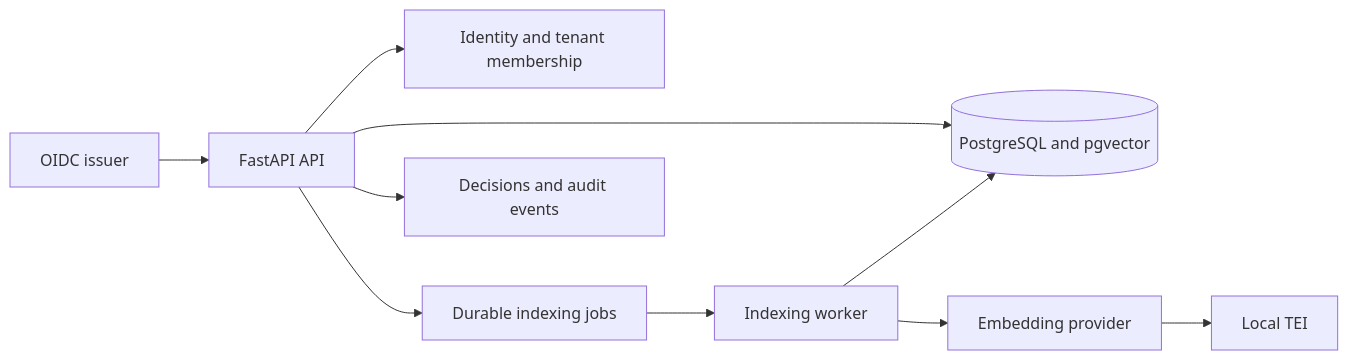
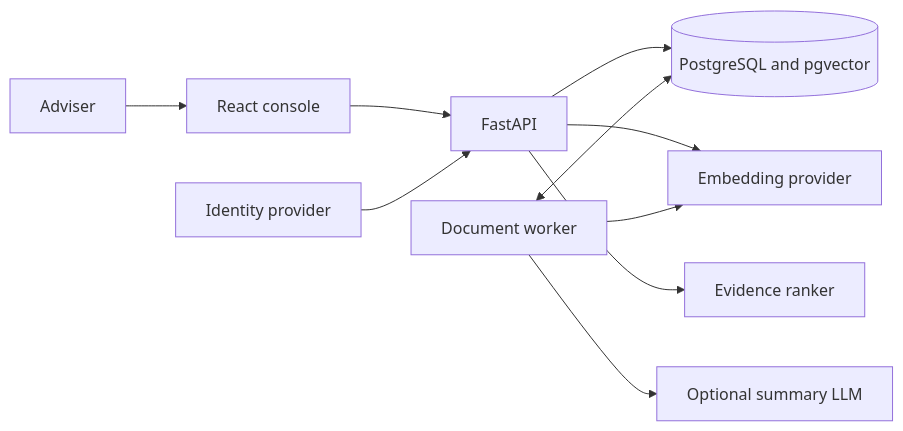
Before and after one commit to yuanjiadesu/nevis: the diagram in docs/architecture.md, drawn with Mermaid. The commit also changed other lines of this file and 12 other files, not shown here.

````diff
--- a/docs/architecture.md
+++ b/docs/architecture.md
@@ -7,12 +7,12 @@
 ```mermaid
 flowchart LR
-    IDP[OIDC issuer] --> API[FastAPI API]
-    API --> AUTH[Identity and tenant membership]
+    Adviser --> Console[React console]
+    Console --> API[FastAPI]
+    IDP[Identity provider] --> API
     API --> DB[(PostgreSQL and pgvector)]
-    API --> JOB[Durable indexing jobs]
-    JOB --> WORKER[Indexing worker]
-    WORKER --> EMBED[Embedding provider]
-    EMBED --> TEI[Local TEI]
-    WORKER --> DB
-    API --> AUDIT[Decisions and audit events]
+    API --> Embeddings[Embedding provider]
+    API --> Reranker[Evidence ranker]
+    Worker[Document worker] <--> DB
+    Worker --> Embeddings
+    Worker --> Summaries[Optional summary LLM]
 ```
````
